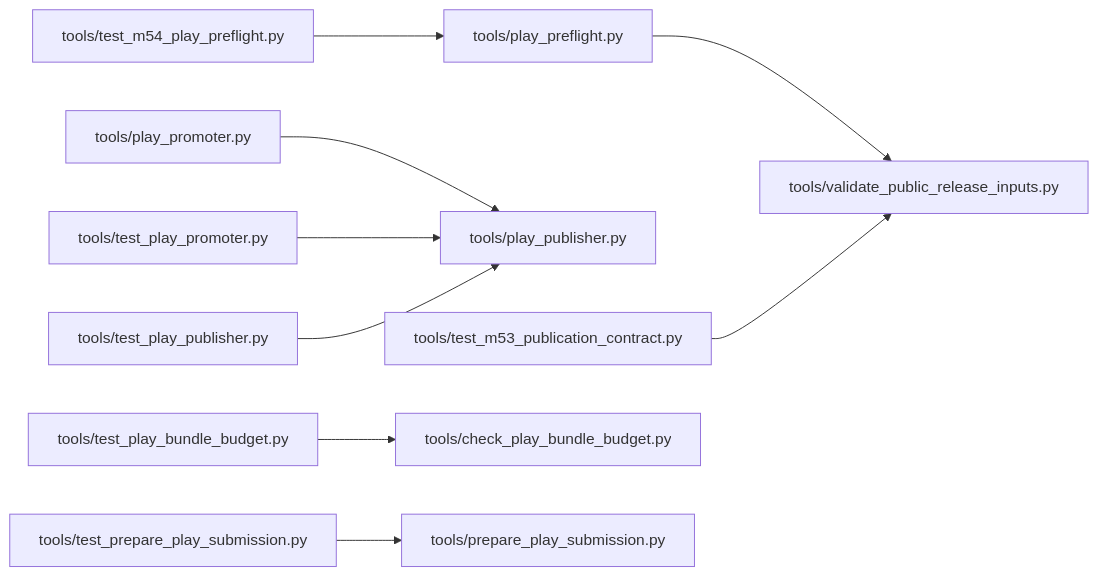
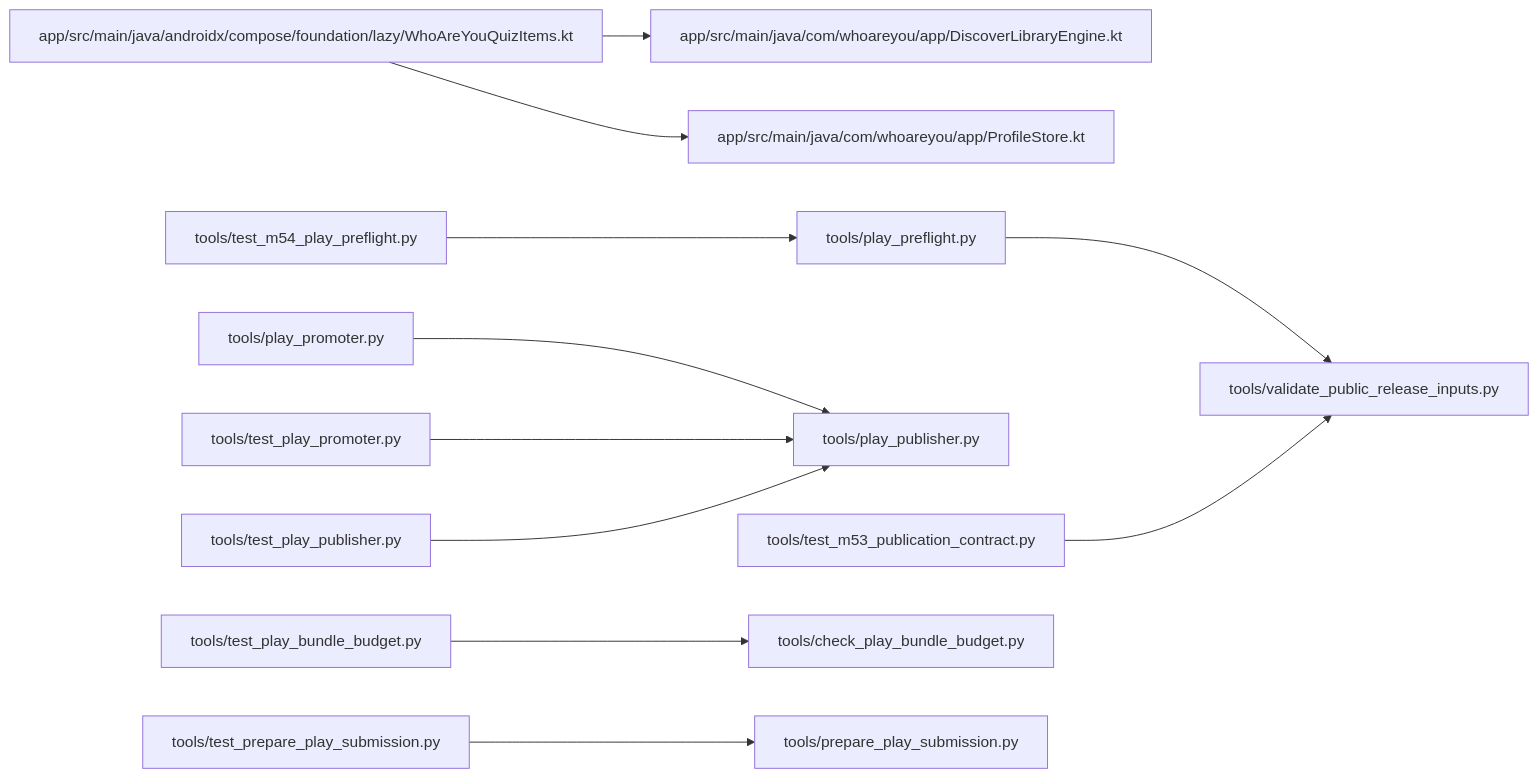
Before and after one commit to dbrckk/Who-are-you: the diagram in .ai/brain/architecture.mmd, drawn with Mermaid. The commit also changed 47 other files, not shown here.

```diff
--- a/.ai/brain/architecture.mmd
+++ b/.ai/brain/architecture.mmd
@@ -1,9 +1,11 @@
 flowchart LR
+  ne2c241a89b["app/src/main/java/androidx/compose/foundation/lazy/WhoAreYouQuizItems.kt"] --> nc7ff824a8f["app/src/main/java/com/whoareyou/app/DiscoverLibraryEngine.kt"]
+  ne2c241a89b["app/src/main/java/androidx/compose/foundation/lazy/WhoAreYouQuizItems.kt"] --> ne45080fcf8["app/src/main/java/com/whoareyou/app/ProfileStore.kt"]
   n70c7648ceb["tools/play_preflight.py"] --> n649c220834["tools/validate_public_release_inputs.py"]
   n0479a8ae43["tools/play_promoter.py"] --> n6784c64243["tools/play_publisher.py"]
   n744049d7d6["tools/test_m53_publication_contract.py"] --> n649c220834["tools/validate_public_release_inputs.py"]
   n58004970a0["tools/test_m54_play_preflight.py"] --> n70c7648ceb["tools/play_preflight.py"]
   n2694c62b24["tools/test_play_bundle_budget.py"] --> n51b39627fa["tools/check_play_bundle_budget.py"]
   n4d149e800d["tools/test_play_promoter.py"] --> n6784c64243["tools/play_publisher.py"]
   n92ff2b7464["tools/test_play_publisher.py"] --> n6784c64243["tools/play_publisher.py"]
   n3e39af4c2d["tools/test_prepare_play_submission.py"] --> nb191079773["tools/prepare_play_submission.py"]
```
